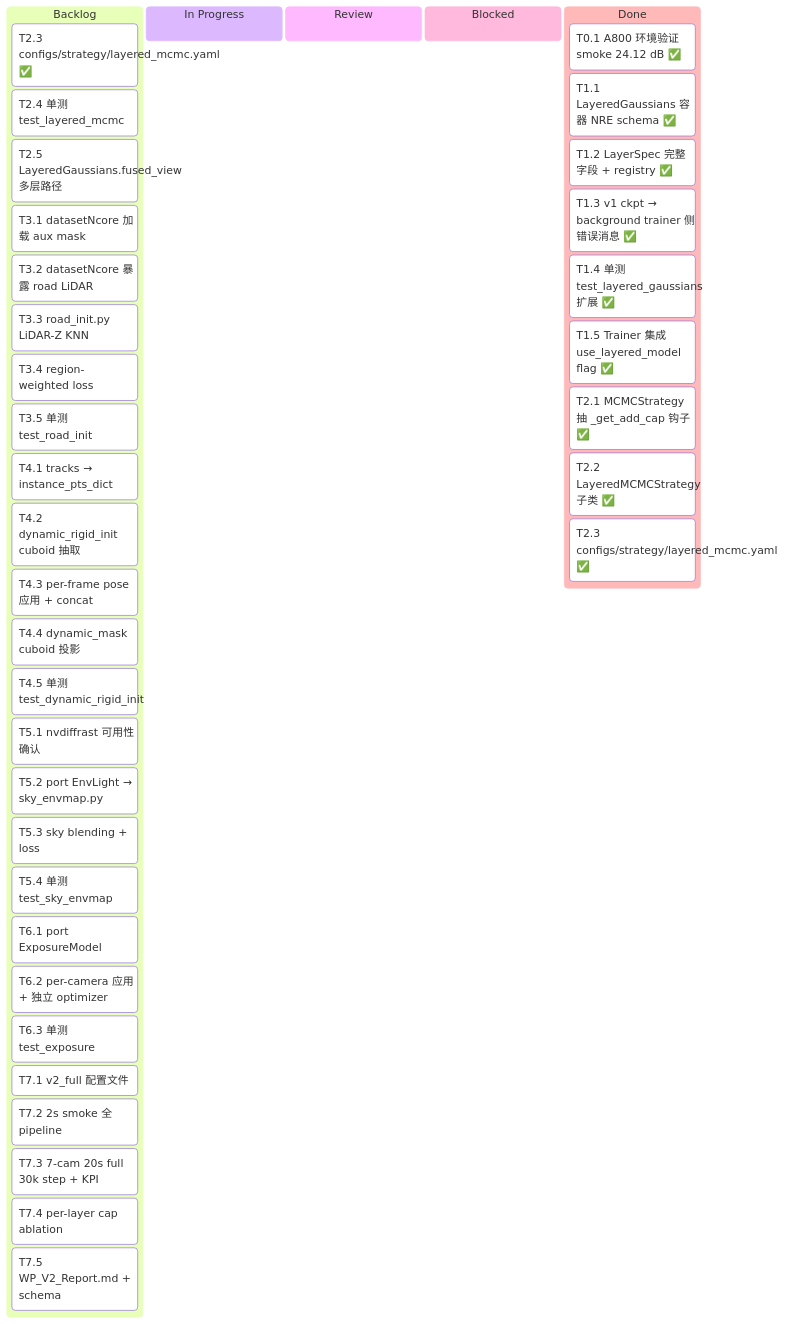
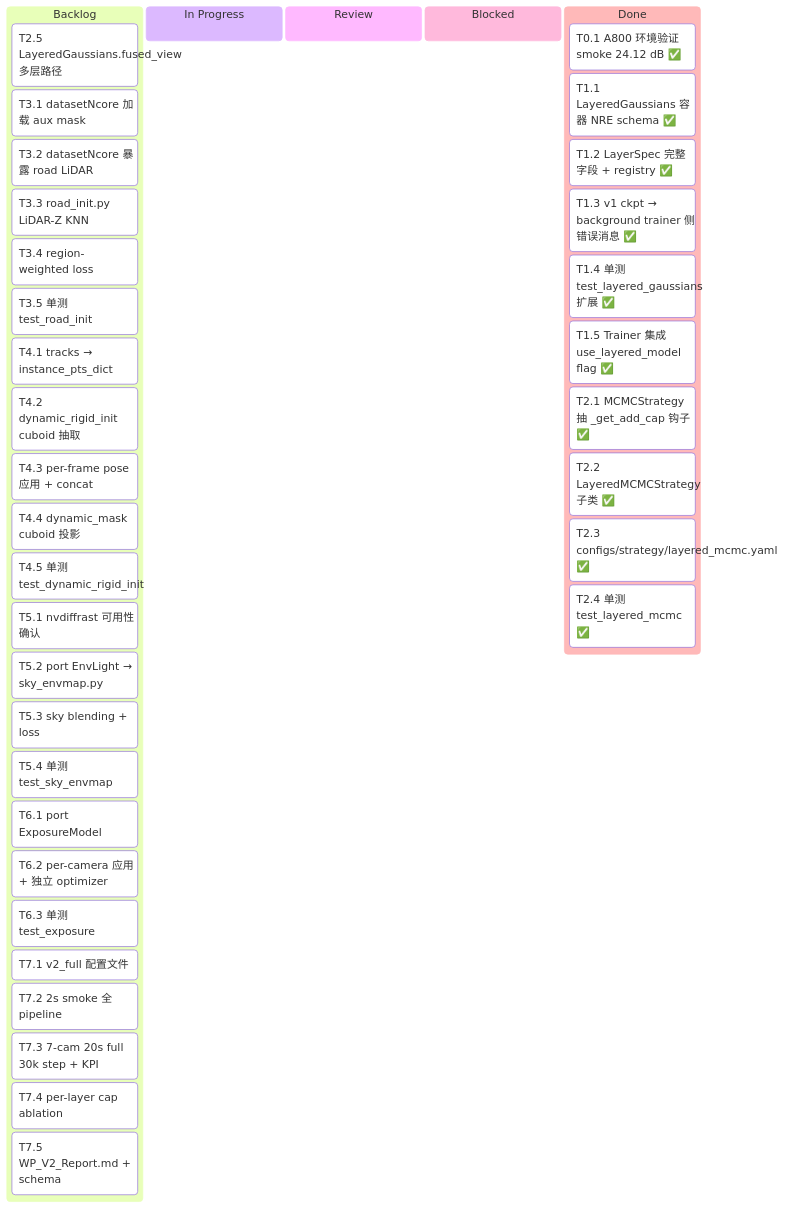
One commit to etendue/3dgrut changed the first of 3 diagrams in v2_plan.md. Above: the diagram before and after it, drawn with Mermaid. The commit also changed other lines of this file and 1 other file, not shown here.

````diff
--- a/v2_plan.md
+++ b/v2_plan.md
@@ -39,42 +39,41 @@
 ```mermaid
 kanban
   Backlog
-    [T2.3 configs/strategy/layered_mcmc.yaml ✅]
-    [T2.4 单测 test_layered_mcmc]
     [T2.5 LayeredGaussians.fused_view 多层路径]
     [T3.1 datasetNcore 加载 aux mask]
     [T3.2 datasetNcore 暴露 road LiDAR]
     [T3.3 road_init.py LiDAR-Z KNN]
     [T3.4 region-weighted loss]
     [T3.5 单测 test_road_init]
     [T4.1 tracks → instance_pts_dict]
     [T4.2 dynamic_rigid_init cuboid 抽取]
     [T4.3 per-frame pose 应用 + concat]
     [T4.4 dynamic_mask cuboid 投影]
     [T4.5 单测 test_dynamic_rigid_init]
     [T5.1 nvdiffrast 可用性确认]
     [T5.2 port EnvLight → sky_envmap.py]
     [T5.3 sky blending + loss]
     [T5.4 单测 test_sky_envmap]
     [T6.1 port ExposureModel]
     [T6.2 per-camera 应用 + 独立 optimizer]
     [T6.3 单测 test_exposure]
     [T7.1 v2_full 配置文件]
     [T7.2 2s smoke 全 pipeline]
     [T7.3 7-cam 20s full 30k step + KPI]
     [T7.4 per-layer cap ablation]
     [T7.5 WP_V2_Report.md + schema]
   In Progress
   Review
   Blocked
   Done
     [T0.1 A800 环境验证 smoke 24.12 dB ✅]
     [T1.1 LayeredGaussians 容器 NRE schema ✅]
     [T1.2 LayerSpec 完整字段 + registry ✅]
     [T1.3 v1 ckpt → background trainer 侧错误消息 ✅]
     [T1.4 单测 test_layered_gaussians 扩展 ✅]
     [T1.5 Trainer 集成 use_layered_model flag ✅]
     [T2.1 MCMCStrategy 抽 _get_add_cap 钩子 ✅]
     [T2.2 LayeredMCMCStrategy 子类 ✅]
     [T2.3 configs/strategy/layered_mcmc.yaml ✅]
+    [T2.4 单测 test_layered_mcmc ✅]
 ```
````
